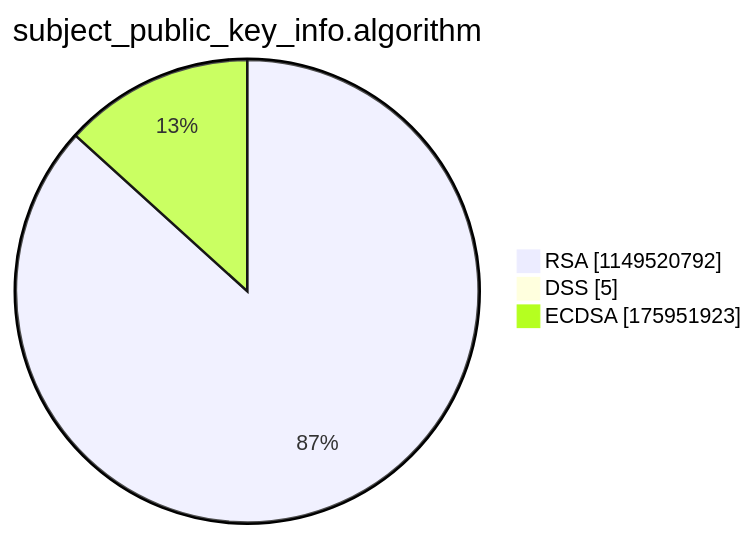
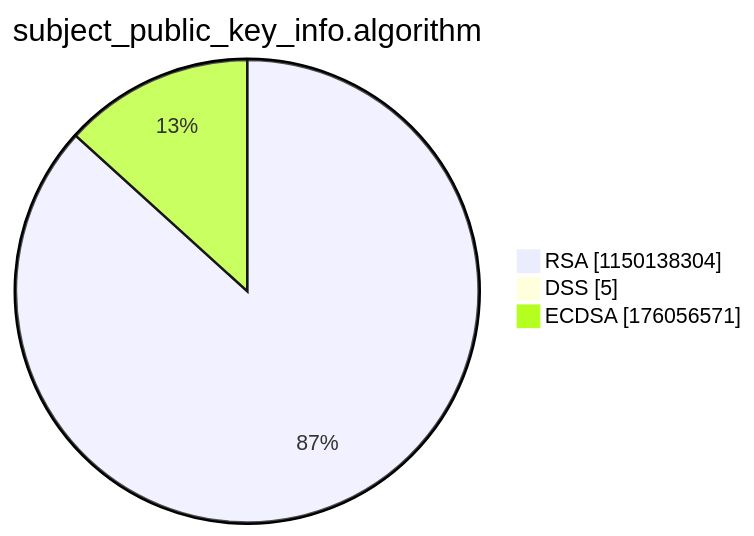
The third of 15 diagrams in argon2022/README.md (christiankrug/ctmonitor_visualization), drawn with Mermaid before and after one commit. The commit also changed other lines of this file, not shown here.

````diff
--- a/argon2022/README.md
+++ b/argon2022/README.md
@@ -14,7 +14,7 @@
 ```mermaid
 pie showData
 title subject_public_key_info.algorithm
-"RSA" :1149520792
+"RSA" :1150138304
 "DSS" :5
-"ECDSA" :175951923
+"ECDSA" :176056571
 ```
````
